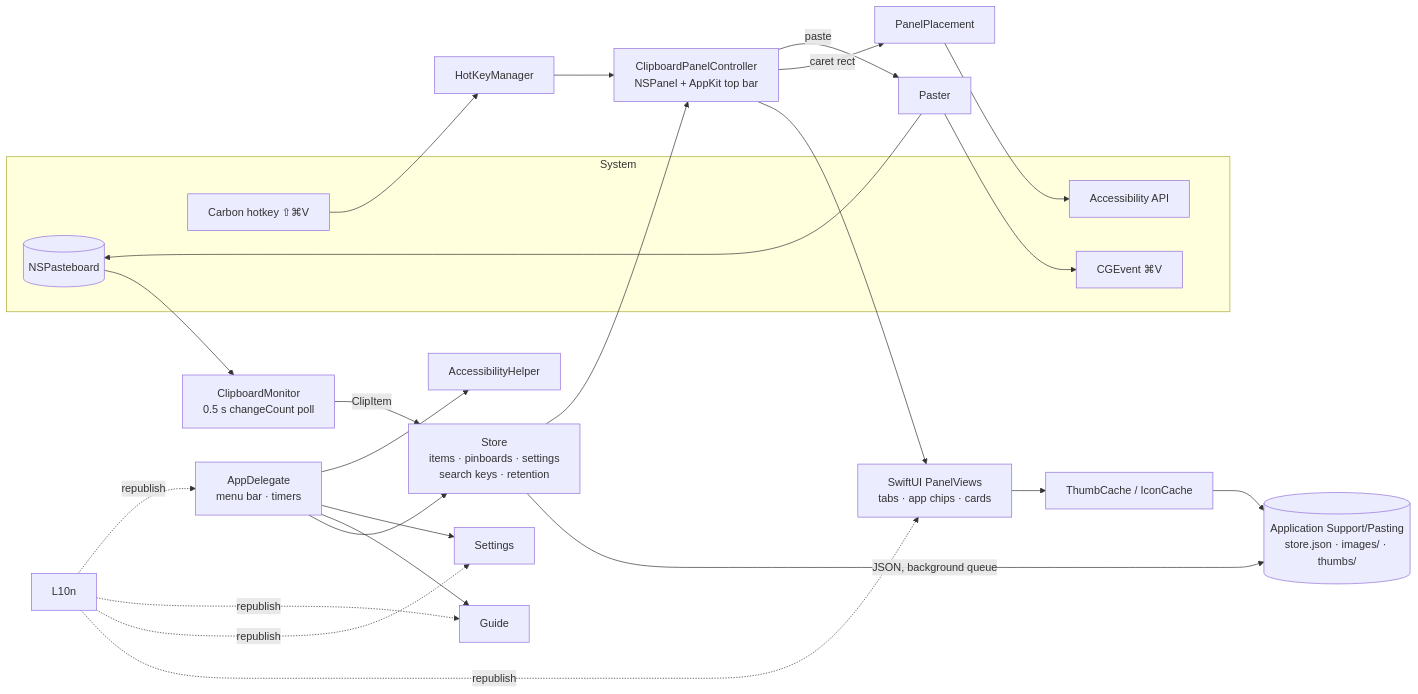
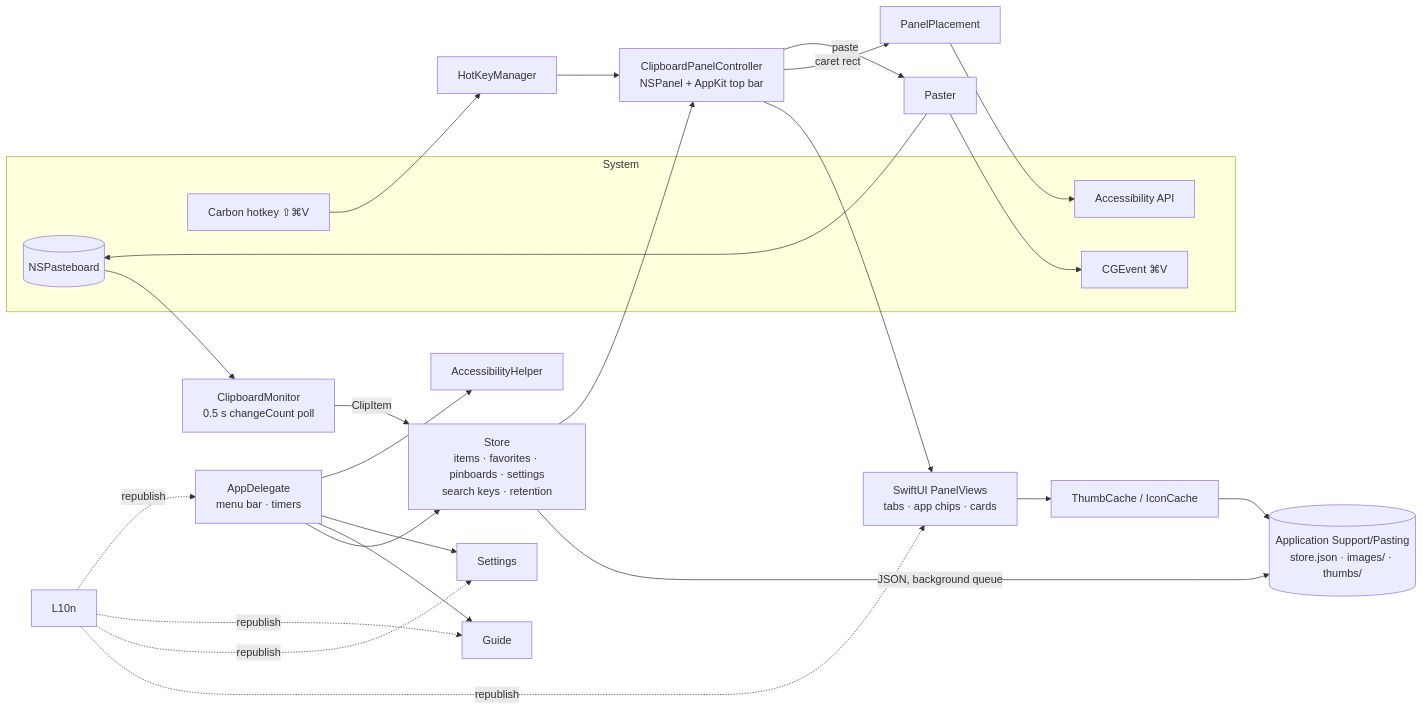
The diagram in docs/SYSTEM_DESIGN.md (jiaqili3/Pasting), drawn with Mermaid before and after one commit. The commit also changed other lines of this file and 32 other files, not shown here.

````diff
--- a/docs/SYSTEM_DESIGN.md
+++ b/docs/SYSTEM_DESIGN.md
@@ -7,24 +7,24 @@
 ```mermaid
 flowchart LR
     subgraph System
         PB[(NSPasteboard)]
         AX[Accessibility API]
         CG[CGEvent ⌘V]
         CARBON[Carbon hotkey ⇧⌘V]
     end
 
     MON[ClipboardMonitor<br/>0.5 s changeCount poll] -->|ClipItem| STORE
     PB --> MON
-    STORE[Store<br/>items · pinboards · settings<br/>search keys · retention] -->|JSON, background queue| DISK[(Application Support/Pasting<br/>store.json · images/ · thumbs/)]
+    STORE[Store<br/>items · favorites · pinboards · settings<br/>search keys · retention] -->|JSON, background queue| DISK[(Application Support/Pasting<br/>store.json · images/ · thumbs/)]
     STORE --> PANEL
     CARBON --> HK[HotKeyManager] --> PANEL
     PANEL[ClipboardPanelController<br/>NSPanel + AppKit top bar] --> VIEWS[SwiftUI PanelViews<br/>tabs · app chips · cards]
     VIEWS --> THUMB[ThumbCache / IconCache]
     THUMB --> DISK
     PANEL -->|caret rect| PLACE[PanelPlacement] --> AX
     PANEL -->|paste| PASTER[Paster] --> PB
     PASTER --> CG
     APP[AppDelegate<br/>menu bar · timers] --> STORE
     APP --> GUIDE[Guide] & SETTINGS[Settings] & AXH[AccessibilityHelper]
     L10N[L10n] -.republish.-> VIEWS & SETTINGS & GUIDE & APP
 ```
````
